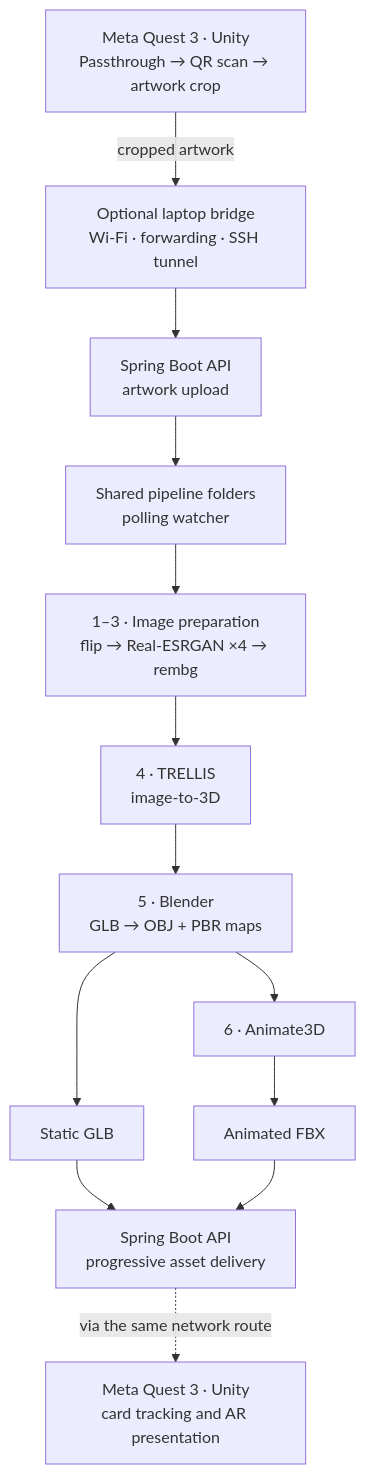
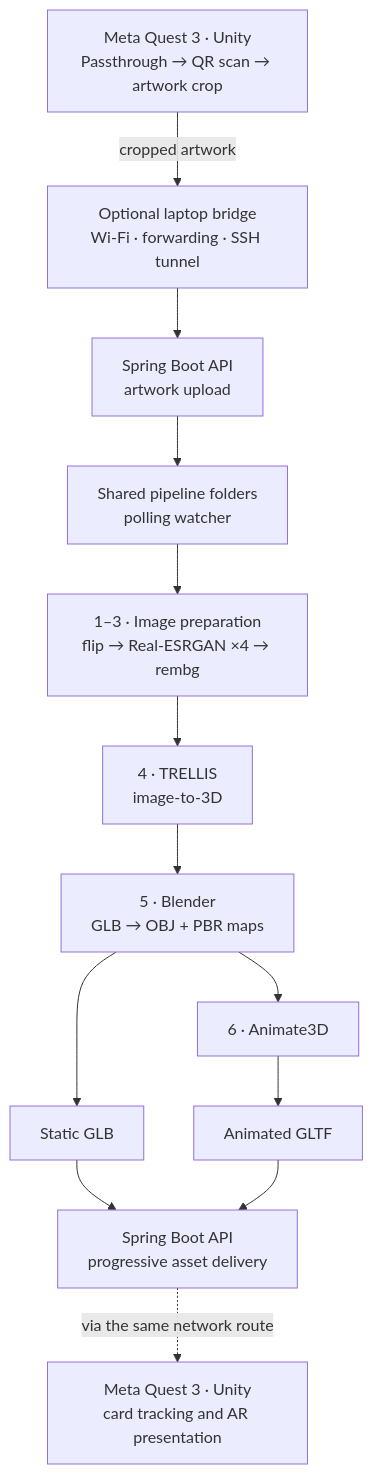
Before and after one commit to Tolga-Tolga/ARtRise: the first of 3 diagrams in README.md, drawn with Mermaid. The commit also changed other lines of this file and 4096 other files, not shown here.

````diff
--- a/README.md
+++ b/README.md
@@ -72,21 +70,21 @@
 ```mermaid
 flowchart TB
     Capture["Meta Quest 3 · Unity<br/>Passthrough → QR scan → artwork crop"]
     Bridge["Optional laptop bridge<br/>Wi-Fi · forwarding · SSH tunnel"]
     APIIn["Spring Boot API<br/>artwork upload"]
     Queue["Shared pipeline folders<br/>polling watcher"]
     Prep["1–3 · Image preparation<br/>flip → Real-ESRGAN ×4 → rembg"]
     Reconstruct["4 · TRELLIS<br/>image-to-3D"]
     Convert["5 · Blender<br/>GLB → OBJ + PBR maps"]
     Static["Static GLB"]
     Animate["6 · Animate3D"]
-    Animated["Animated FBX"]
+    Animated["Animated GLTF"]
     Delivery["Spring Boot API<br/>progressive asset delivery"]
     Present["Meta Quest 3 · Unity<br/>card tracking and AR presentation"]
 
     Capture -->|"cropped artwork"| Bridge --> APIIn --> Queue
     Queue --> Prep --> Reconstruct --> Convert
     Convert --> Static --> Delivery
     Convert --> Animate --> Animated --> Delivery
     Delivery -. "via the same network route" .-> Present
 ```
````
